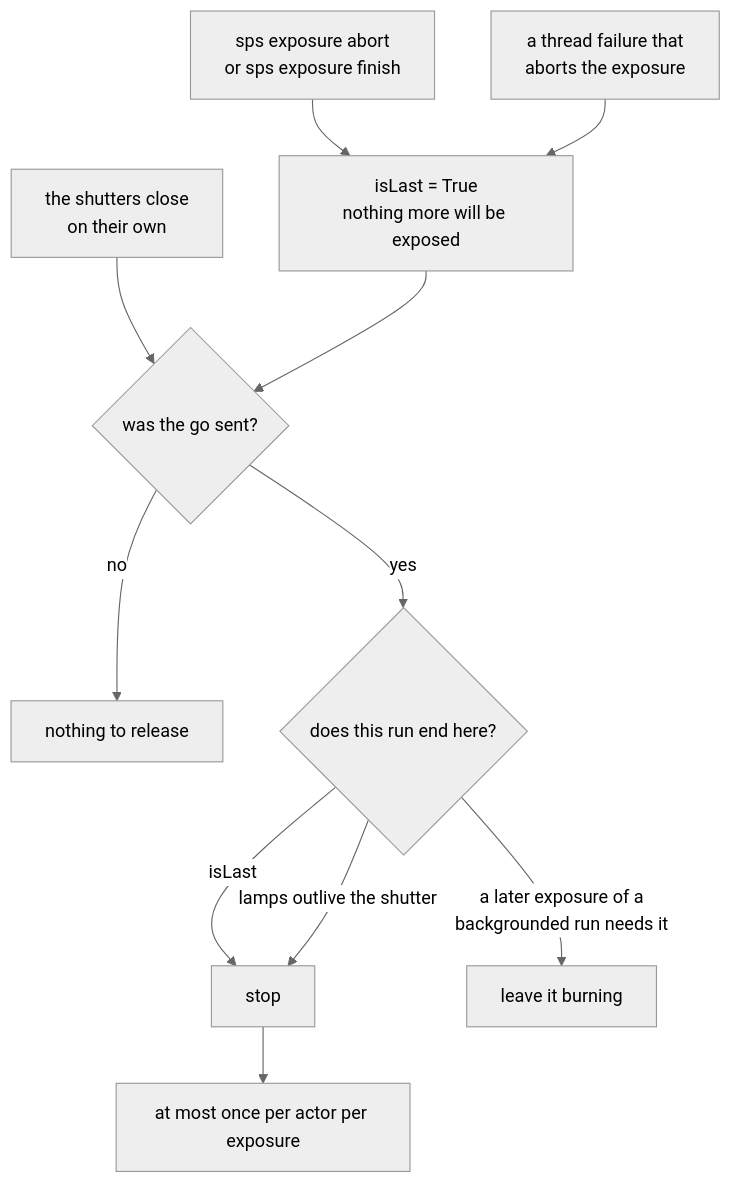
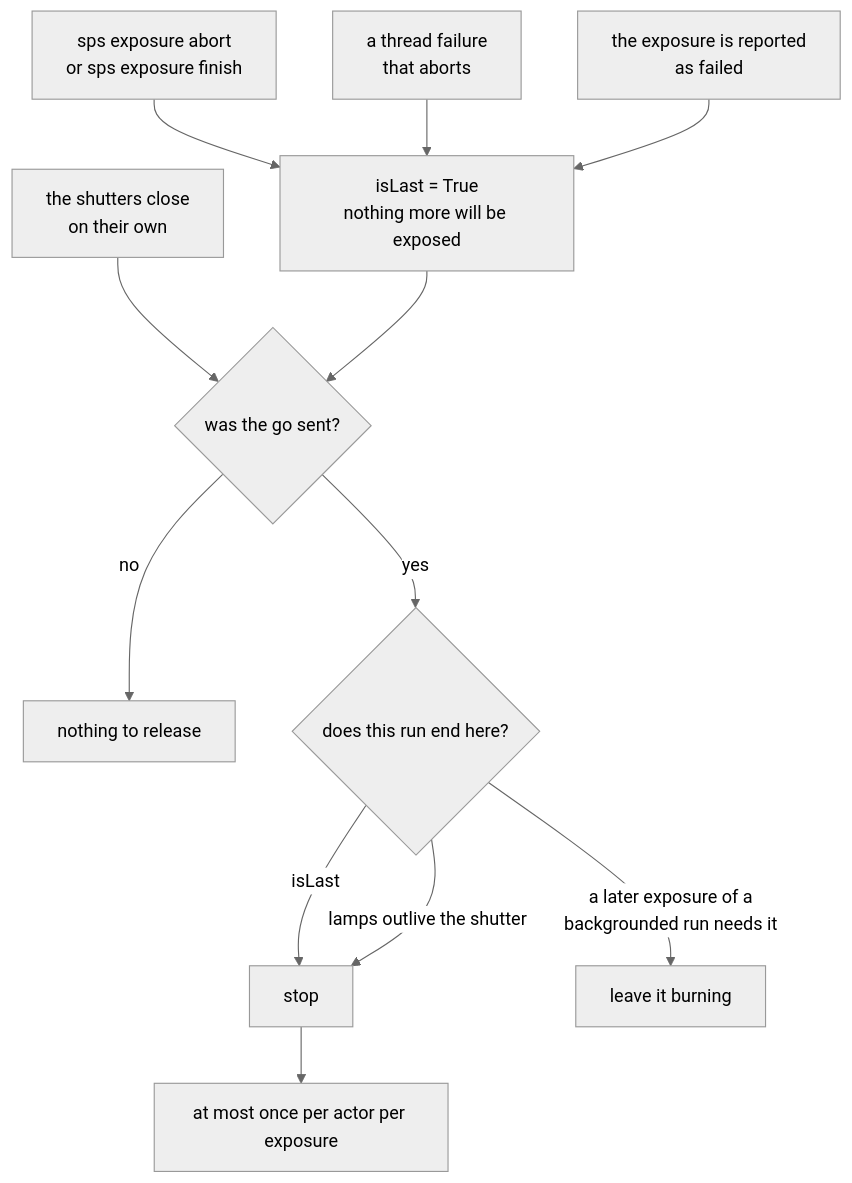
One commit to Subaru-PFS/ics_spsActor changed the seventh of 7 diagrams in docs/exposureWorkflow.md. Above: the diagram before and after it, drawn with Mermaid (neutral theme). The commit also changed other lines of this file and 3 other files, not shown here.

First line of the commit message:
INSTRM-2985 End the run when a failure is reported

````diff
--- a/docs/exposureWorkflow.md
+++ b/docs/exposureWorkflow.md
@@ -289,16 +289,17 @@
 ```mermaid
 flowchart TD
     Close["the shutters close<br/>on their own"] --> Q1
     Ext["sps exposure abort<br/>or sps exposure finish"] --> Force
-    Fail["a thread failure that<br/>aborts the exposure"] --> Force
+    Fail["a thread failure<br/>that aborts"] --> Force
+    Rep["the exposure is reported<br/>as failed"] --> Force
     Force["isLast = True<br/>nothing more will be exposed"] --> Q1
 
     Q1{"was the go sent?"} -->|"no"| Skip["nothing to release"]
     Q1 -->|"yes"| Q2{"does this run end here?"}
 
     Q2 -->|"isLast"| Send["stop"]
     Q2 -->|"lamps outlive the shutter"| Send
     Q2 -->|"a later exposure of a<br/>backgrounded run needs it"| Keep["leave it burning"]
 
     Send --> Latch["at most once per actor per exposure"]
 ```
````
